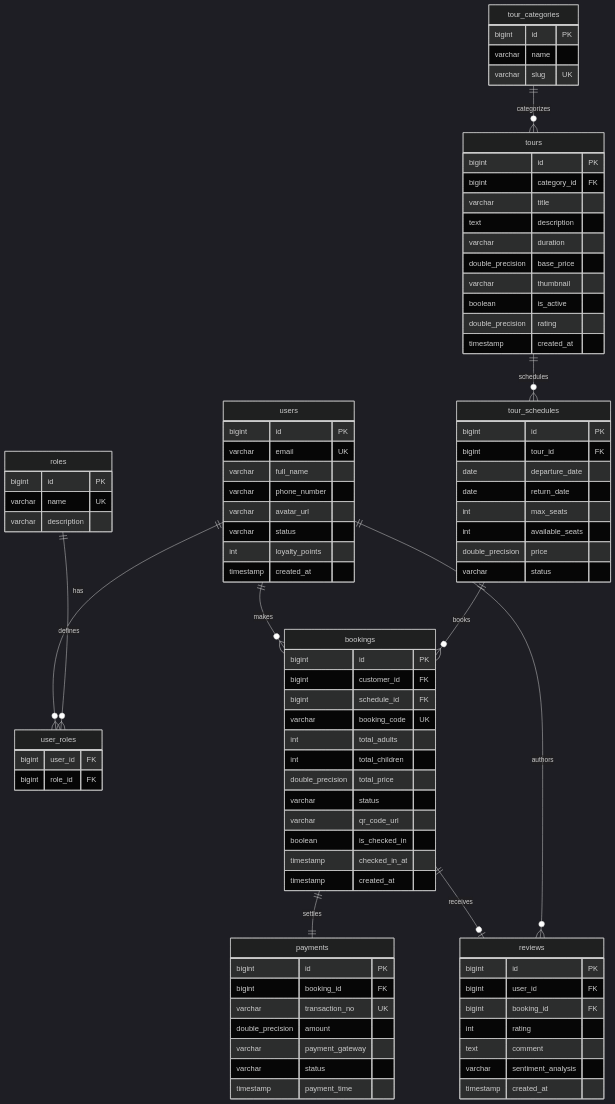
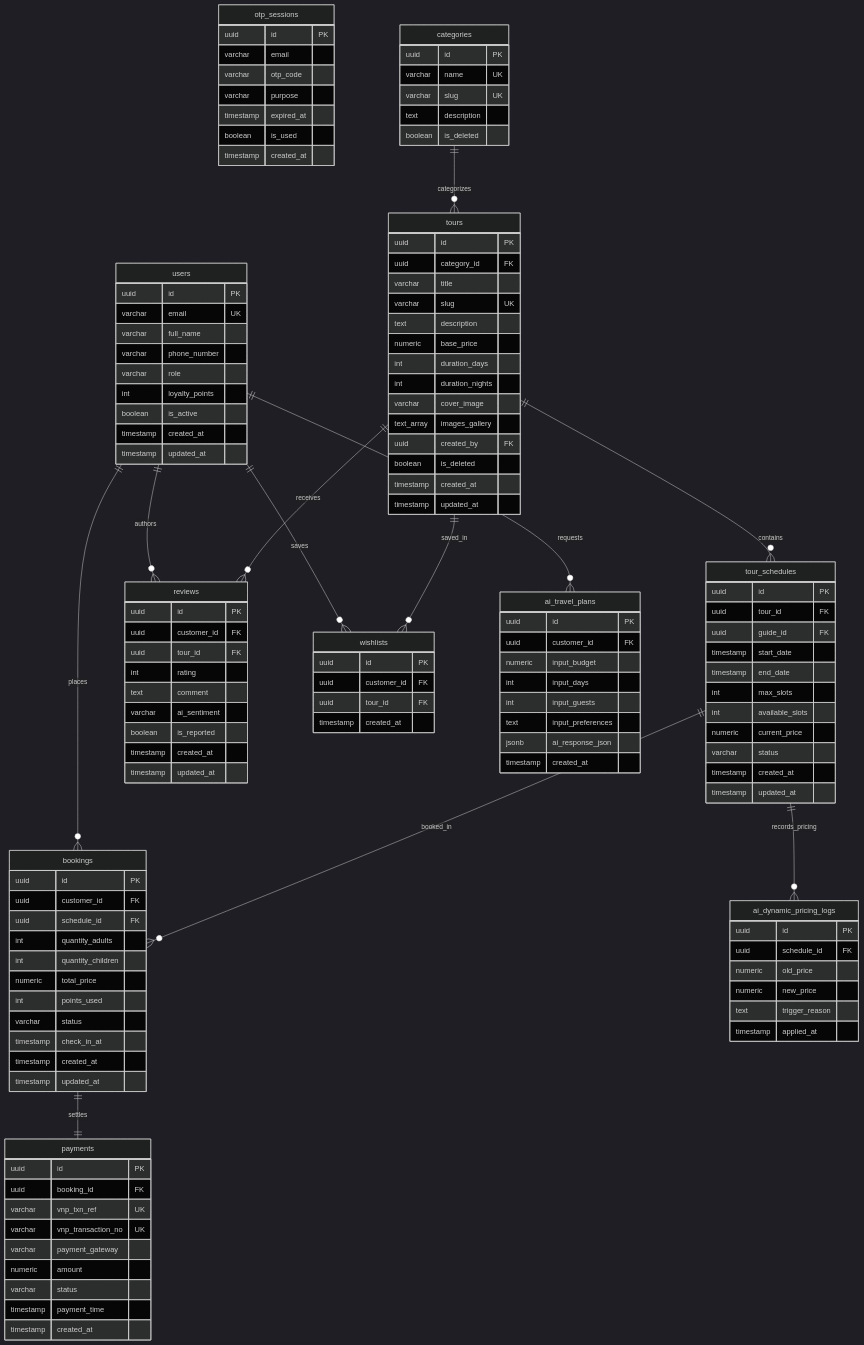
One commit to finallbossl/BE_tourism changed the seventh of 7 diagrams in SYSTEM_DESIGN.md. Above: the diagram before and after it, drawn with Mermaid (dark theme). The commit also changed other lines of this file and 14 other files, not shown here.

Commit message:
feat: implement authentication module with OTP, JWT, and database schema updates

````diff
--- a/SYSTEM_DESIGN.md
+++ b/SYSTEM_DESIGN.md
@@ -396,99 +475,140 @@
 ```mermaid
 erDiagram
     users {
-        bigint id PK
+        uuid id PK
         varchar email UK
         varchar full_name
         varchar phone_number
-        varchar avatar_url
-        varchar status
+        varchar role
         int loyalty_points
+        boolean is_active
+        timestamp created_at
+        timestamp updated_at
+    }
+
+    otp_sessions {
+        uuid id PK
+        varchar email
+        varchar otp_code
+        varchar purpose
+        timestamp expired_at
+        boolean is_used
         timestamp created_at
     }
 
-    roles {
-        bigint id PK
+    categories {
+        uuid id PK
         varchar name UK
-        varchar description
-    }
-
-    user_roles {
-        bigint user_id FK
-        bigint role_id FK
-    }
-
-    tour_categories {
-        bigint id PK
-        varchar name
         varchar slug UK
+        text description
+        boolean is_deleted
     }
 
     tours {
-        bigint id PK
-        bigint category_id FK
+        uuid id PK
+        uuid category_id FK
         varchar title
+        varchar slug UK
         text description
-        varchar duration
-        double_precision base_price
-        varchar thumbnail
-        boolean is_active
-        double_precision rating
+        numeric base_price
+        int duration_days
+        int duration_nights
+        varchar cover_image
+        text_array images_gallery
+        uuid created_by FK
+        boolean is_deleted
+        timestamp created_at
+        timestamp updated_at
+    }
+
+    tour_schedules {
+        uuid id PK
+        uuid tour_id FK
+        uuid guide_id FK
+        timestamp start_date
+        timestamp end_date
+        int max_slots
+        int available_slots
+        numeric current_price
+        varchar status
+        timestamp created_at
+        timestamp updated_at
+    }
+
+    bookings {
+        uuid id PK
+        uuid customer_id FK
+        uuid schedule_id FK
+        int quantity_adults
+        int quantity_children
+        numeric total_price
+        int points_used
+        varchar status
+        timestamp check_in_at
+        timestamp created_at
+        timestamp updated_at
+    }
+
+    payments {
+        uuid id PK
+        uuid booking_id FK
+        varchar vnp_txn_ref UK
+        varchar vnp_transaction_no UK
+        varchar payment_gateway
+        numeric amount
+        varchar status
+        timestamp payment_time
         timestamp created_at
     }
 
-    tour_schedules {
-        bigint id PK
-        bigint tour_id FK
-        date departure_date
-        date return_date
-        int max_seats
-        int available_seats
-        double_precision price
-        varchar status
+    reviews {
+        uuid id PK
+        uuid customer_id FK
+        uuid tour_id FK
+        int rating
+        text comment
+        varchar ai_sentiment
+        boolean is_reported
+        timestamp created_at
+        timestamp updated_at
     }
 
-    bookings {
-        bigint id PK
-        bigint customer_id FK
-        bigint schedule_id FK
-        varchar booking_code UK
-        int total_adults
-        int total_children
-        double_precision total_price
-        varchar status
-        varchar qr_code_url
-        boolean is_checked_in
-        timestamp checked_in_at
+    wishlists {
+        uuid id PK
+        uuid customer_id FK
+        uuid tour_id FK
         timestamp created_at
     }
 
-    payments {
-        bigint id PK
-        bigint booking_id FK
-        varchar transaction_no UK
-        double_precision amount
-        varchar payment_gateway
-        varchar status
-        timestamp payment_time
-    }
-
-    reviews {
-        bigint id PK
-        bigint user_id FK
-        bigint booking_id FK
-        int rating
-        text comment
-        varchar sentiment_analysis
+    ai_travel_plans {
+        uuid id PK
+        uuid customer_id FK
+        numeric input_budget
+        int input_days
+        int input_guests
+        text input_preferences
+        jsonb ai_response_json
         timestamp created_at
     }
 
-    users ||--o{ user_roles : "has"
-    roles ||--o{ user_roles : "defines"
-    tour_categories ||--o{ tours : "categorizes"
-    tours ||--o{ tour_schedules : "schedules"
-    users ||--o{ bookings : "makes"
-    tour_schedules ||--o{ bookings : "books"
+    ai_dynamic_pricing_logs {
+        uuid id PK
+        uuid schedule_id FK
+        numeric old_price
+        numeric new_price
+        text trigger_reason
+        timestamp applied_at
+    }
+
+    users ||--o{ bookings : "places"
+    users ||--o{ reviews : "authors"
+    users ||--o{ wishlists : "saves"
+    users ||--o{ ai_travel_plans : "requests"
+    categories ||--o{ tours : "categorizes"
+    tours ||--o{ tour_schedules : "contains"
+    tours ||--o{ reviews : "receives"
+    tours ||--o{ wishlists : "saved_in"
+    tour_schedules ||--o{ bookings : "booked_in"
+    tour_schedules ||--o{ ai_dynamic_pricing_logs : "records_pricing"
     bookings ||--|| payments : "settles"
-    bookings ||--o| reviews : "receives"
-    users ||--o{ reviews : "authors"
 ```
````
